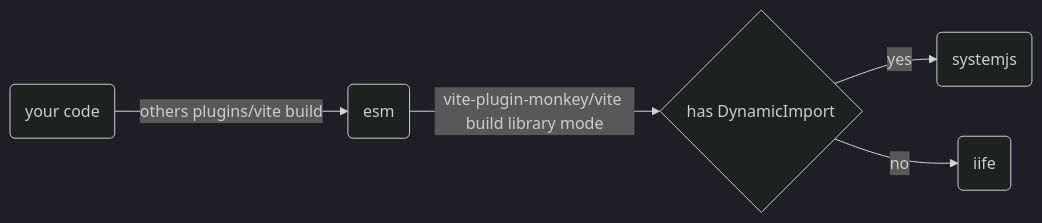
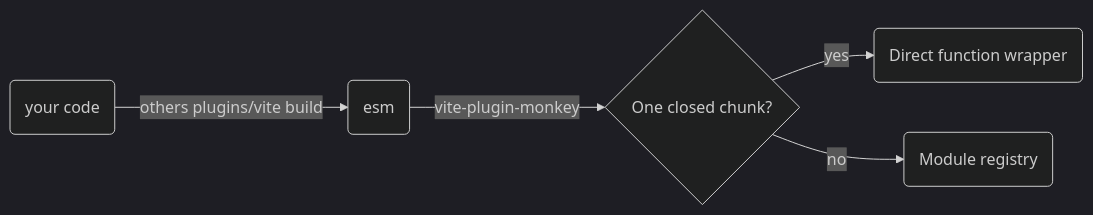
The diagram in website/guide/getting-started.md (lisonge/vite-plugin-monkey), drawn with Mermaid (dark theme) before and after one commit. The commit also changed 135 other files, not shown here.

````diff
--- a/website/guide/getting-started.md
+++ b/website/guide/getting-started.md
@@ -56,7 +56,7 @@
 ```mermaid
 graph LR;
     A(your code) -- "others plugins/vite build" -->B(esm)
-    B -- "vite-plugin-monkey/vite build library mode" --> C{has DynamicImport}
-    C -- yes --> D(systemjs)
-    C -- no --> E(iife)
+    B -- "vite-plugin-monkey" --> C{One closed chunk?}
+    C -- yes --> D(Direct function wrapper)
+    C -- no --> E(Module registry)
 ```
````
